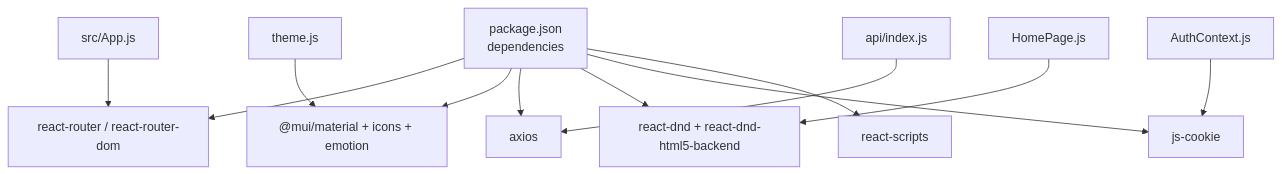
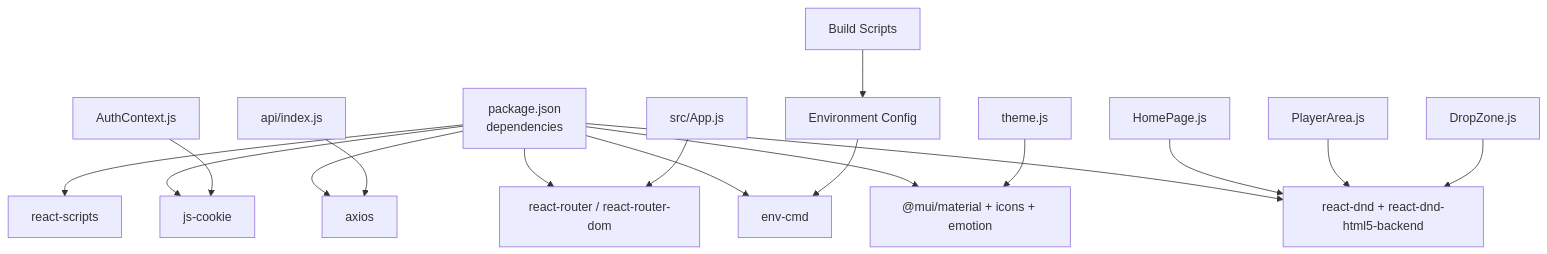
One commit to Vissel/badminton-court-management changed diagram 13 of 13 in .qoder/repowiki/en/content/Frontend Architecture.md. Above: the diagram before and after it, drawn with Mermaid. The commit also changed other lines of this file and 36 other files, not shown here.

````diff
--- a/.qoder/repowiki/en/content/Frontend Architecture.md
+++ b/.qoder/repowiki/en/content/Frontend Architecture.md
@@ -353,14 +601,19 @@
 ```mermaid
 graph TB
 PKG["package.json<br/>dependencies"] --> RR["react-router / react-router-dom"]
 PKG --> MU["@mui/material + icons + emotion"]
 PKG --> AX["axios"]
 PKG --> DnD["react-dnd + react-dnd-html5-backend"]
 PKG --> JC["js-cookie"]
 PKG --> RS["react-scripts"]
+PKG --> EC["env-cmd"]
 APP["src/App.js"] --> RR
 AUTH["AuthContext.js"] --> JC
 API["api/index.js"] --> AX
 HOME["HomePage.js"] --> DnD
 THEME["theme.js"] --> MU
+PLAYER["PlayerArea.js"] --> DnD
+DROPZONE["DropZone.js"] --> DnD
+ENV["Environment Config"] --> EC
+BUILD["Build Scripts"] --> ENV
 ```
````
